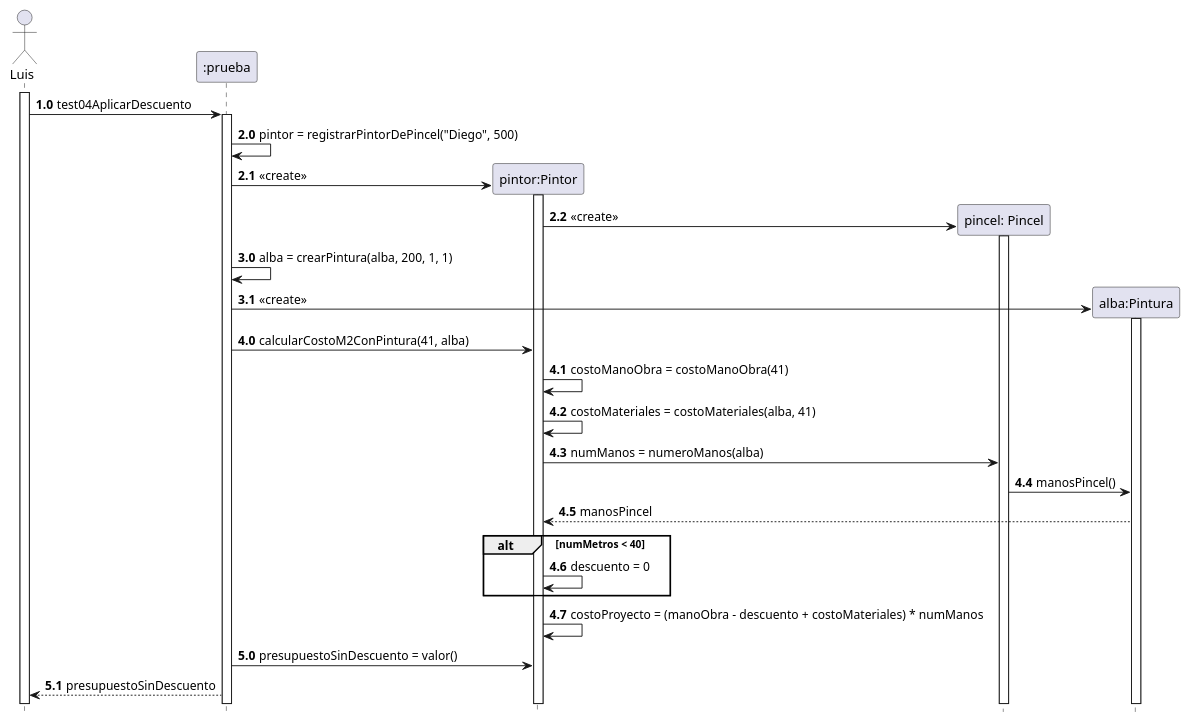
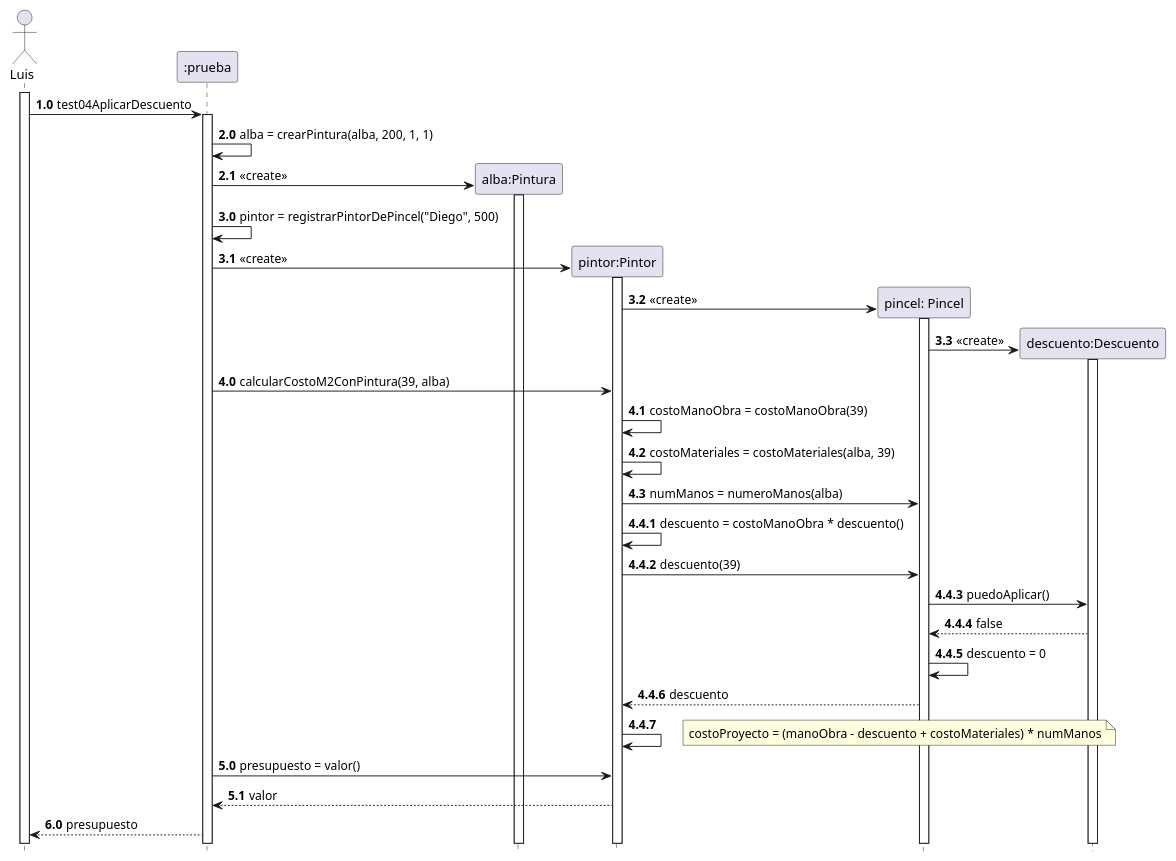
One commit to LuisParedes1/C3_TPs changed the diagram in TP1/Documentacion/diagramas/Diagrama_Secuenciales/diagrama_secuencia04.wsd. Above: the diagram before and after it, drawn with PlantUML. The commit also changed 47 other files, not shown here.

```diff
--- a/TP1/Documentacion/diagramas/Diagrama_Secuenciales/diagrama_secuencia04.wsd
+++ b/TP1/Documentacion/diagramas/Diagrama_Secuenciales/diagrama_secuencia04.wsd
@@ -1,51 +1,62 @@
 @startuml test04AplicarDescuentoMas40M2
     hide footbox
     skinparam classAttributeIconSize 0
    
     autonumber 1.0
     actor Luis
     activate Luis
     Luis -> ":prueba" as prueba: test04AplicarDescuento
     activate prueba
 
-    autonumber 2.0
+     autonumber 2.0
+    prueba -> prueba: alba = crearPintura(alba, 200, 1, 1)
+
+    create "alba:Pintura" as alba
+    prueba -> alba: << create >>
+    activate alba
+    
+    autonumber 3.0
     prueba -> prueba: pintor = registrarPintorDePincel("Diego", 500)
 
     create "pintor:Pintor" as pintor
     prueba -> pintor: << create >>
     activate pintor
 
     create "pincel: Pincel" as pincel
     pintor -> pincel: << create >>
     activate pincel
 
-    autonumber 3.0
-    prueba -> prueba: alba = crearPintura(alba, 200, 1, 1)
+    create "descuento:Descuento" as descuento
+    pincel -> descuento: << create >>
+    activate descuento
 
-    create "alba:Pintura" as alba
-    prueba -> alba: << create >>
-    activate alba
 
     autonumber 4.0
-    prueba -> pintor: calcularCostoM2ConPintura(41, alba)
+    prueba -> pintor: calcularCostoM2ConPintura(39, alba)
 
 
-    pintor -> pintor: costoManoObra = costoManoObra(41)
-    pintor -> pintor: costoMateriales = costoMateriales(alba, 41)
+    pintor -> pintor: costoManoObra = costoManoObra(39)
+    pintor -> pintor: costoMateriales = costoMateriales(alba, 39)
 
     pintor -> pincel: numManos = numeroManos(alba)
-    pincel -> alba: manosPincel()
-    alba --> pintor: manosPincel
 
-    alt numMetros < 40
-        pintor -> pintor: descuento = 0
-    end
+    autonumber 4.4.1
+    pintor -> pintor: descuento = costoManoObra * descuento()
+    pintor -> pincel: descuento(39)
+    pincel -> descuento: puedoAplicar()
+    descuento --> pincel: false
+    pincel -> pincel: descuento = 0
+    pincel --> pintor: descuento
 
-    pintor -> pintor: costoProyecto = (manoObra - descuento + costoMateriales) * numManos
+    pintor -> pintor
+    note right: costoProyecto = (manoObra - descuento + costoMateriales) * numManos
 
 
     autonumber 5.0
-    prueba -> pintor: presupuestoSinDescuento = valor()    
-    prueba --> Luis: presupuestoSinDescuento
+    prueba -> pintor: presupuesto = valor()
+    pintor --> prueba: valor
+
+    autonumber 6.0   
+    prueba --> Luis: presupuesto
 
 @enduml
```
